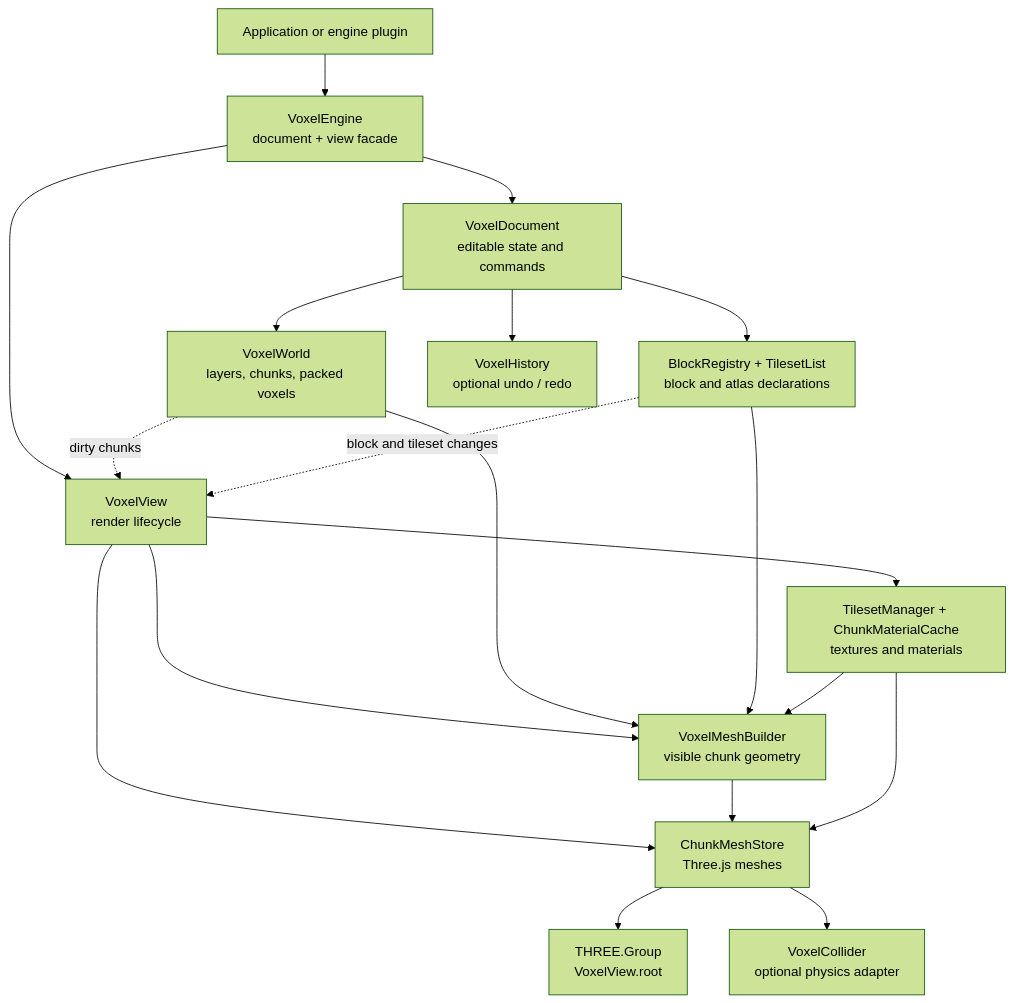
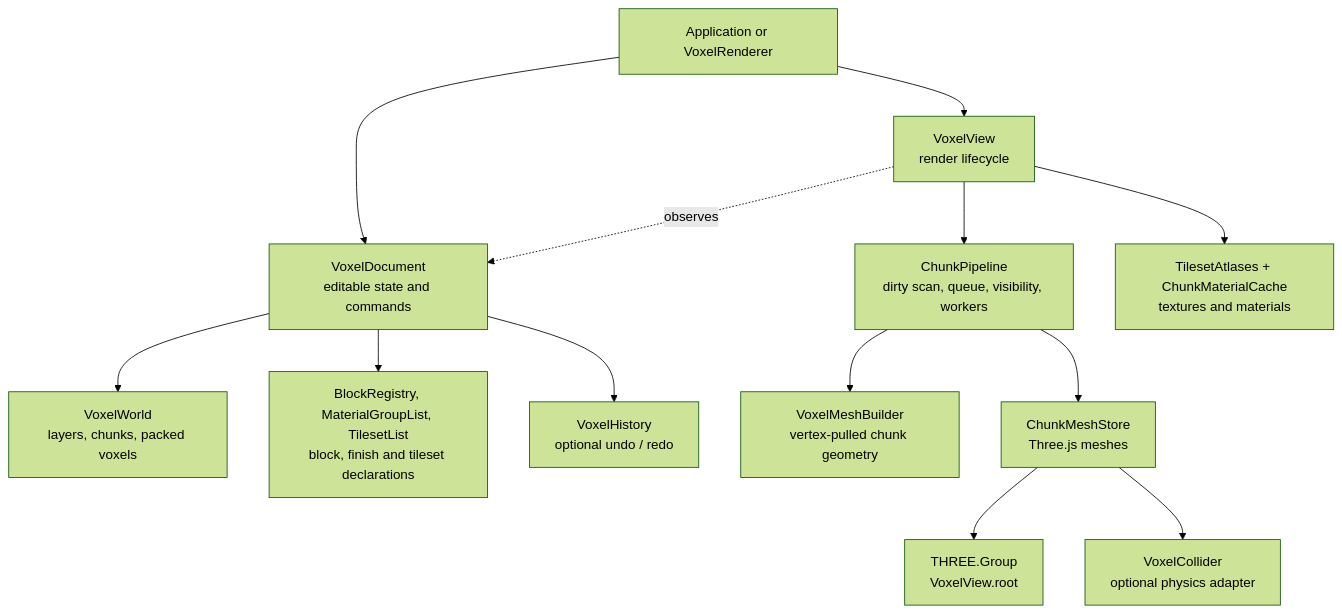
One commit to JollyPixel/editor changed the first of 4 diagrams in packages/voxel-renderer/ARCHITECTURE.md. Above: the diagram before and after it, drawn with Mermaid (forest theme). The commit also changed other lines of this file and 559 other files, not shown here.

Commit message:
refactor(voxel-renderer)!: major revamp with document/view split

````diff
--- a/packages/voxel-renderer/ARCHITECTURE.md
+++ b/packages/voxel-renderer/ARCHITECTURE.md
@@ -10,24 +12,17 @@
 ```mermaid
 flowchart TB
-    App["Application or engine plugin"] --> Engine["VoxelEngine<br/>document + view facade"]
-    Engine --> Document["VoxelDocument<br/>editable state and commands"]
-    Engine --> View["VoxelView<br/>render lifecycle"]
+    App["Application or VoxelRenderer"] --> Document["VoxelDocument<br/>editable state and commands"]
+    App --> View["VoxelView<br/>render lifecycle"]
+    View -. "observes" .-> Document
 
     Document --> World["VoxelWorld<br/>layers, chunks, packed voxels"]
-    Document --> Definitions["BlockRegistry + TilesetList<br/>block and atlas declarations"]
+    Document --> Definitions["BlockRegistry, MaterialGroupList, TilesetList<br/>block, finish and tileset declarations"]
     Document --> History["VoxelHistory<br/>optional undo / redo"]
 
-    View --> Builder["VoxelMeshBuilder<br/>visible chunk geometry"]
-    View --> Store["ChunkMeshStore<br/>Three.js meshes"]
-    View --> Atlases["TilesetManager + ChunkMaterialCache<br/>textures and materials"]
+    View --> Pipeline["ChunkPipeline<br/>dirty scan, queue, visibility, workers"]
+    View --> Atlases["TilesetAtlases + ChunkMaterialCache<br/>textures and materials"]
+    Pipeline --> Builder["VoxelMeshBuilder<br/>vertex-pulled chunk geometry"]
+    Pipeline --> Store["ChunkMeshStore<br/>Three.js meshes"]
     Store --> Root["THREE.Group<br/>VoxelView.root"]
     Store --> Collider["VoxelCollider<br/>optional physics adapter"]
-
-    World -. "dirty chunks" .-> View
-    Definitions -. "block and tileset changes" .-> View
-    World --> Builder
-    Definitions --> Builder
-    Atlases --> Builder
-    Builder --> Store
-    Atlases --> Store
 ```
````
